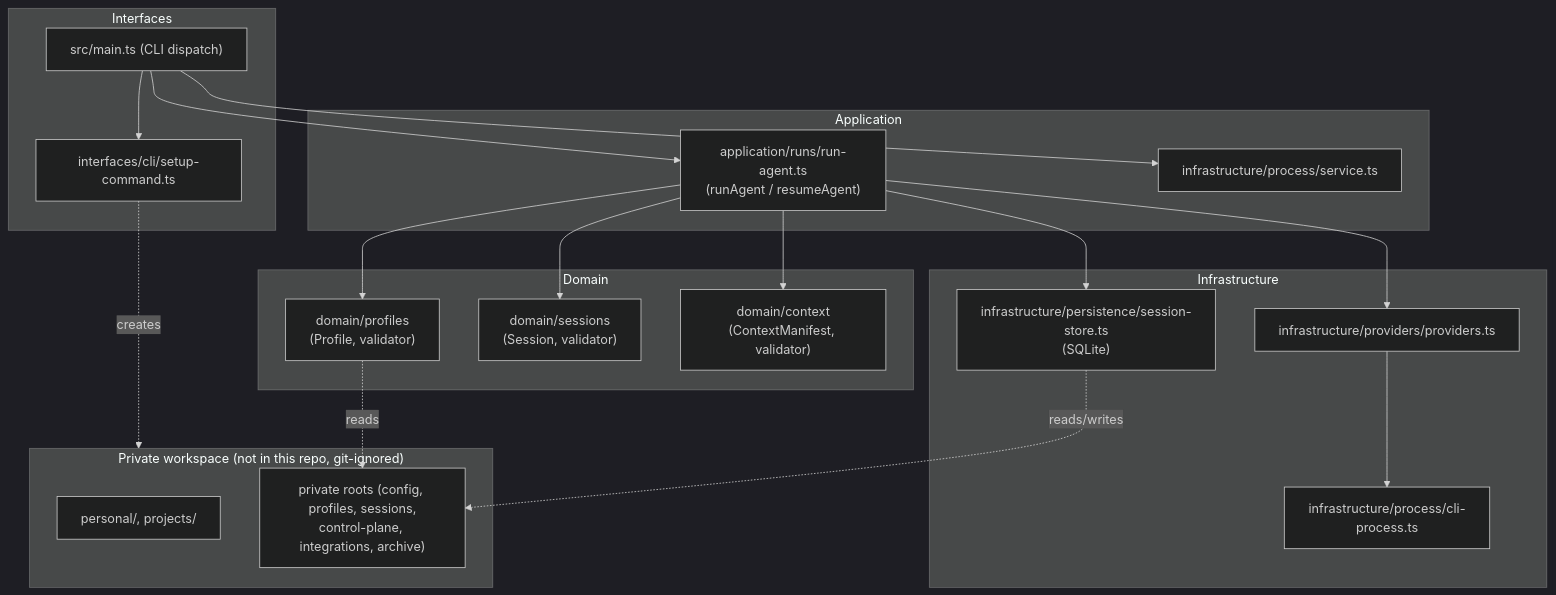
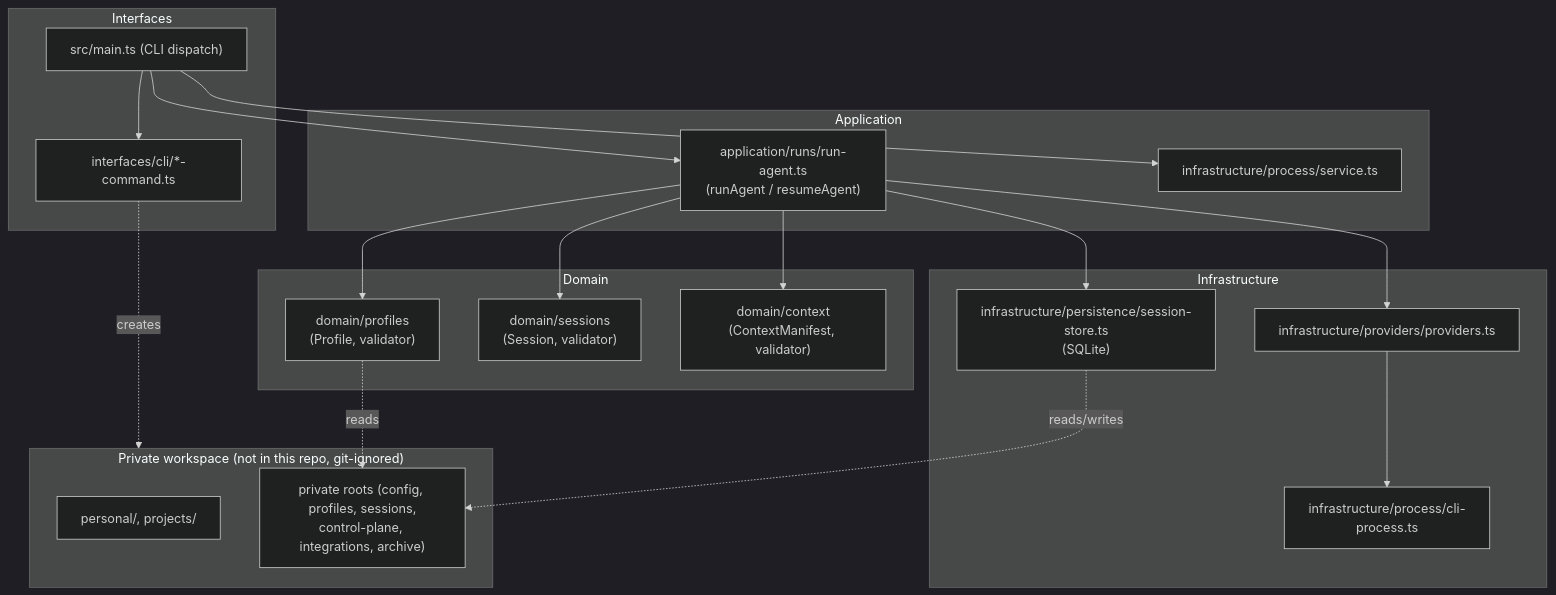
Before and after one commit to amoree-code/atlas: the diagram in docs/architecture.md, drawn with Mermaid (dark theme). The commit also changed other lines of this file and 11 other files, not shown here.

````diff
--- a/docs/architecture.md
+++ b/docs/architecture.md
@@ -35,43 +36,43 @@
 ```mermaid
 flowchart TB
     subgraph Interfaces
         Main["src/main.ts (CLI dispatch)"]
-        Setup["interfaces/cli/setup-command.ts"]
+        Commands["interfaces/cli/*-command.ts"]
     end
 
     subgraph Application
         AgentRun["application/runs/run-agent.ts\n(runAgent / resumeAgent)"]
         Service["infrastructure/process/service.ts"]
     end
 
     subgraph Domain
         Profiles["domain/profiles\n(Profile, validator)"]
         Sessions["domain/sessions\n(Session, validator)"]
         Context["domain/context\n(ContextManifest, validator)"]
     end
 
     subgraph Infrastructure
         Providers["infrastructure/providers/providers.ts"]
         Headless["infrastructure/process/cli-process.ts"]
         Store["infrastructure/persistence/session-store.ts\n(SQLite)"]
     end
 
     Main --> AgentRun
-    Main --> Setup
+    Main --> Commands
     Main --> Service
     AgentRun --> Profiles
     AgentRun --> Sessions
     AgentRun --> Context
     AgentRun --> Providers
     Providers --> Headless
     AgentRun --> Store
 
     subgraph PrivateBoundary["Private workspace (not in this repo, git-ignored)"]
         Personal["personal/, projects/"]
         AtlasState["private roots (config, profiles, sessions,\ncontrol-plane, integrations, archive)"]
     end
 
-    Setup -.creates.-> PrivateBoundary
+    Commands -.creates.-> PrivateBoundary
     Store -.reads/writes.-> AtlasState
     Profiles -.reads.-> AtlasState
 ```
````
